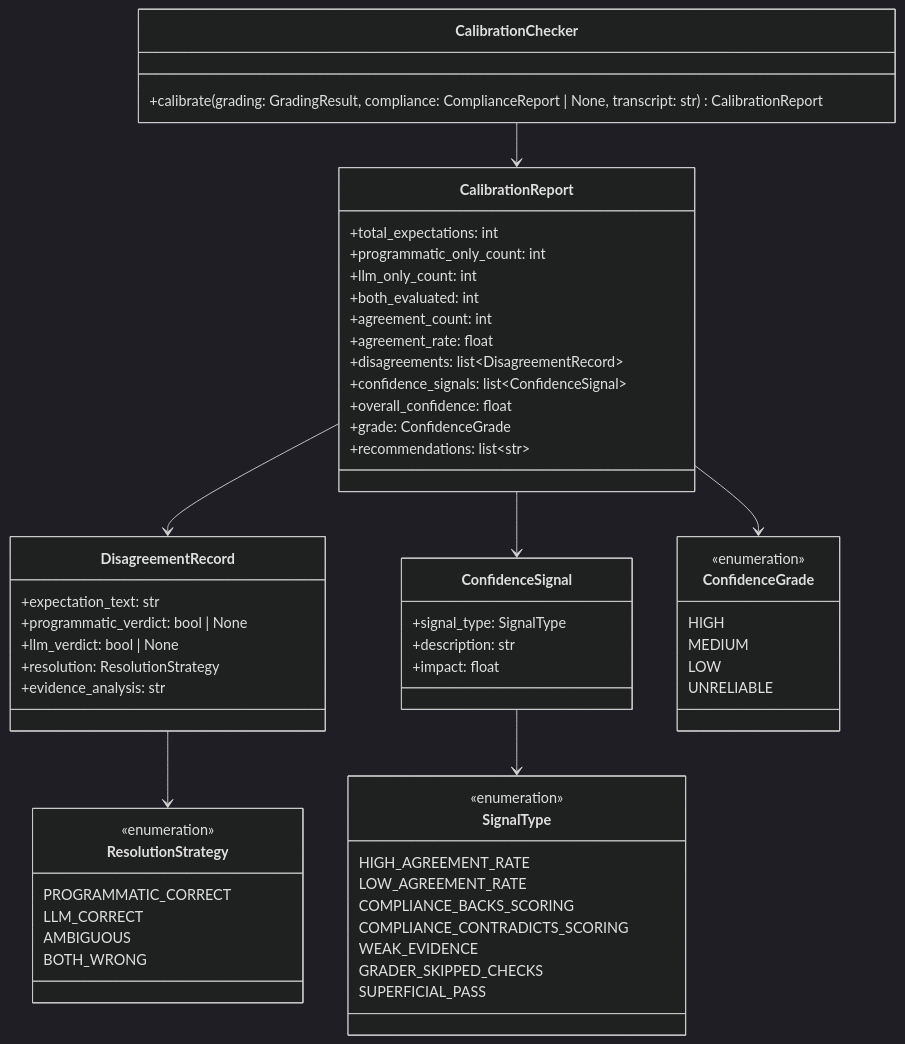
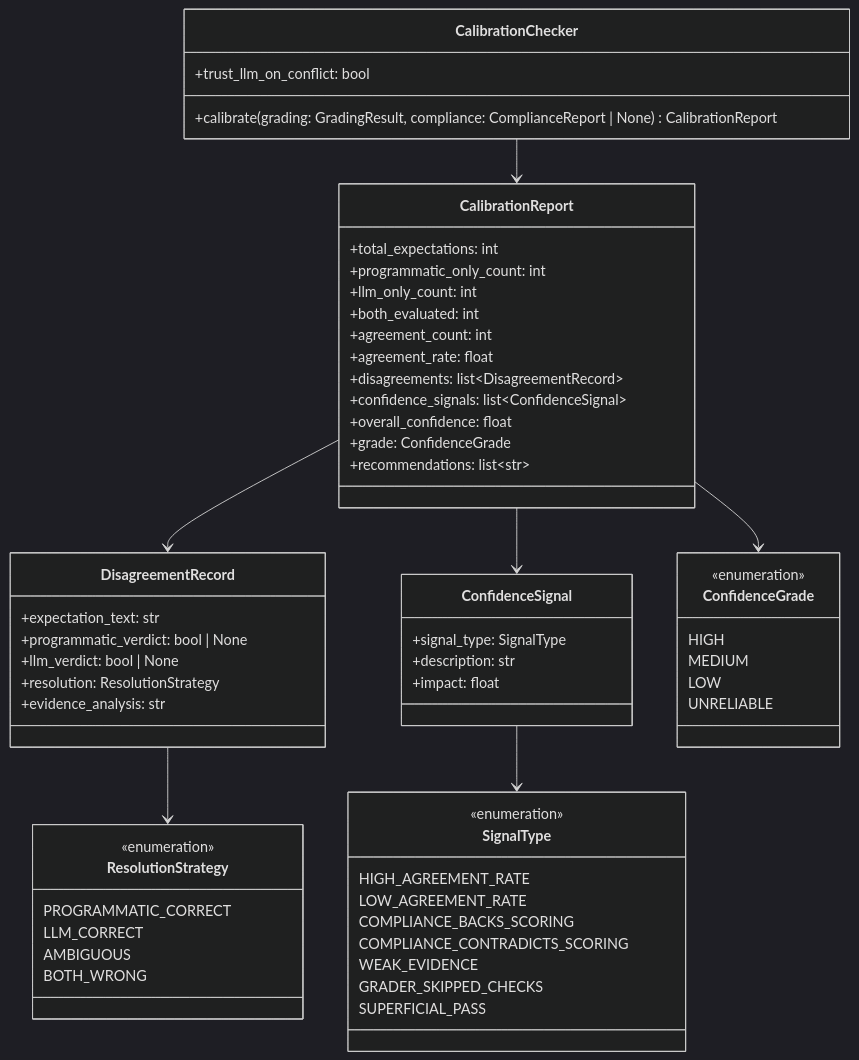
Before and after one commit to HangDu1995/sift: the ninth of 17 diagrams in docs/skill-eval-design.md, drawn with Mermaid (dark theme). The commit also changed other lines of this file and 29 other files, not shown here.

````diff
--- a/docs/skill-eval-design.md
+++ b/docs/skill-eval-design.md
@@ -1609,68 +1612,69 @@
 ```mermaid
 classDiagram
     class CalibrationChecker {
-        +calibrate(grading: GradingResult, compliance: ComplianceReport | None, transcript: str) CalibrationReport
+        +trust_llm_on_conflict: bool
+        +calibrate(grading: GradingResult, compliance: ComplianceReport | None) CalibrationReport
     }
 
     class DisagreementRecord {
         +expectation_text: str
         +programmatic_verdict: bool | None
         +llm_verdict: bool | None
         +resolution: ResolutionStrategy
         +evidence_analysis: str
     }
 
     class ResolutionStrategy {
         <<enumeration>>
         PROGRAMMATIC_CORRECT
         LLM_CORRECT
         AMBIGUOUS
         BOTH_WRONG
     }
 
     class ConfidenceSignal {
         +signal_type: SignalType
         +description: str
         +impact: float
     }
 
     class SignalType {
         <<enumeration>>
         HIGH_AGREEMENT_RATE
         LOW_AGREEMENT_RATE
         COMPLIANCE_BACKS_SCORING
         COMPLIANCE_CONTRADICTS_SCORING
         WEAK_EVIDENCE
         GRADER_SKIPPED_CHECKS
         SUPERFICIAL_PASS
     }
 
     class CalibrationReport {
         +total_expectations: int
         +programmatic_only_count: int
         +llm_only_count: int
         +both_evaluated: int
         +agreement_count: int
         +agreement_rate: float
         +disagreements: list~DisagreementRecord~
         +confidence_signals: list~ConfidenceSignal~
         +overall_confidence: float
         +grade: ConfidenceGrade
         +recommendations: list~str~
     }
 
     class ConfidenceGrade {
         <<enumeration>>
         HIGH
         MEDIUM
         LOW
         UNRELIABLE
     }
 
     CalibrationChecker --> CalibrationReport
     CalibrationReport --> DisagreementRecord
     CalibrationReport --> ConfidenceSignal
     DisagreementRecord --> ResolutionStrategy
     ConfidenceSignal --> SignalType
     CalibrationReport --> ConfidenceGrade
 ```
````
